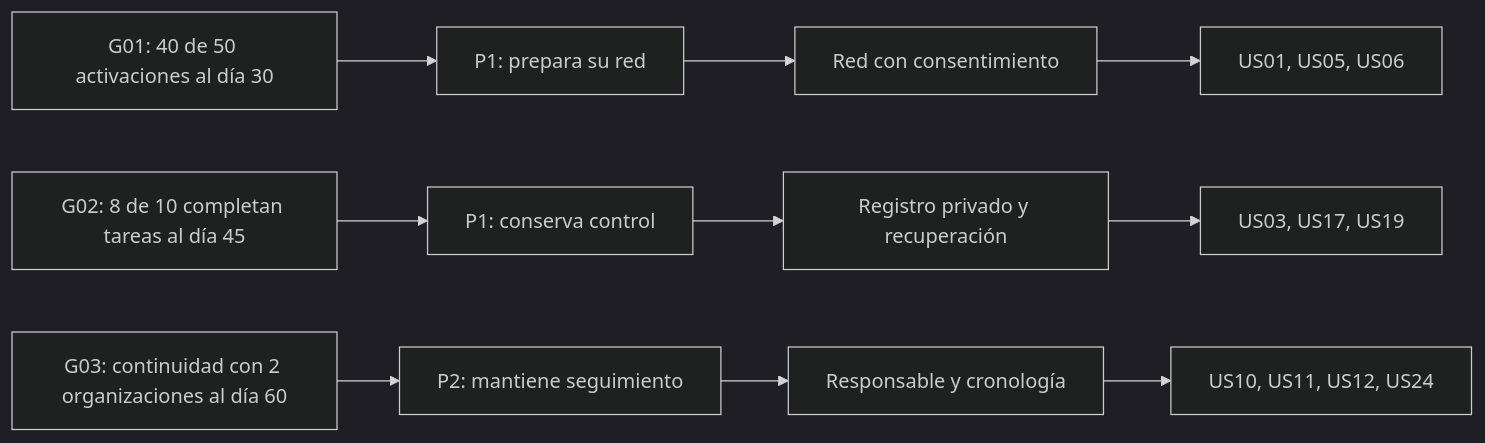
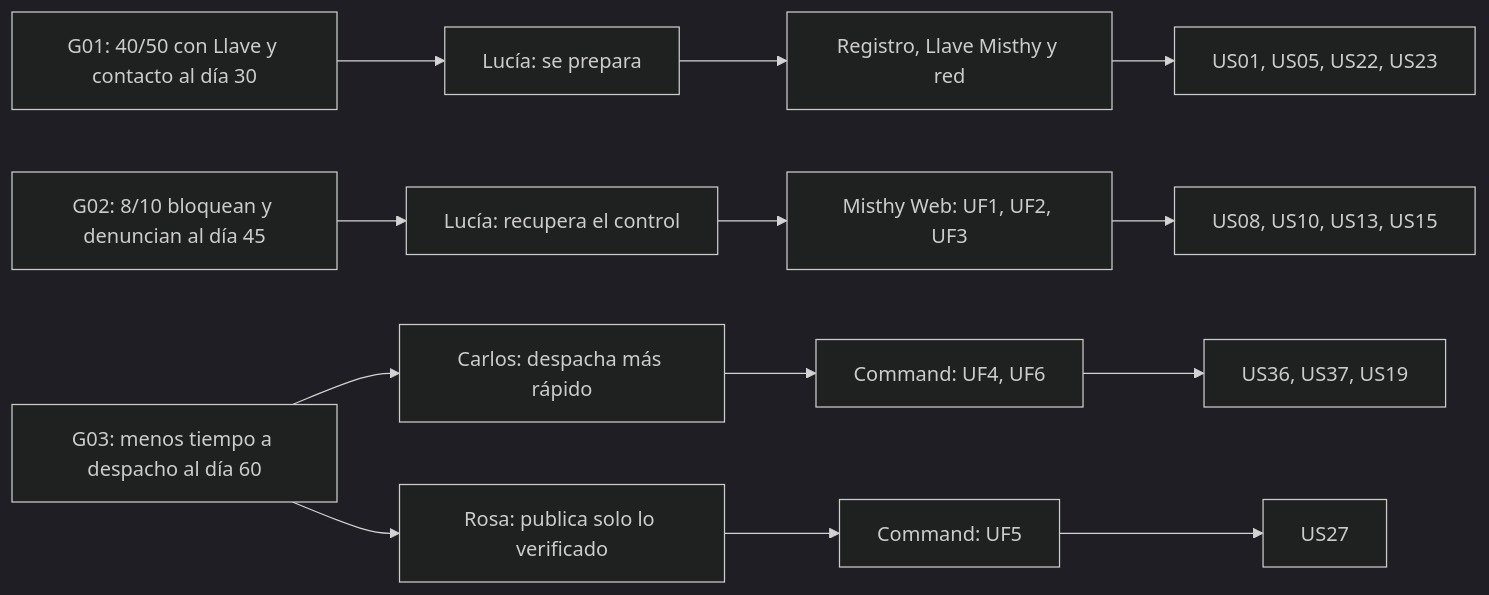
One commit to CODERT0PH/MISTHY changed the diagram in docs/capitulo-3/README.md. Above: the diagram before and after it, drawn with Mermaid (dark theme). The commit also changed other lines of this file, not shown here.

````diff
--- a/docs/capitulo-3/README.md
+++ b/docs/capitulo-3/README.md
@@ -76,12 +108,15 @@
 ```mermaid
 flowchart LR
-  gOne["G01: 40 de 50 activaciones al día 30"] --> pOne["P1: prepara su red"]
-  pOne --> network["Red con consentimiento"]
-  network --> networkStories["US01, US05, US06"]
-  gTwo["G02: 8 de 10 completan tareas al día 45"] --> control["P1: conserva control"]
-  control --> privateCase["Registro privado y recuperación"]
-  privateCase --> privateStories["US03, US17, US19"]
-  gThree["G03: continuidad con 2 organizaciones al día 60"] --> pTwo["P2: mantiene seguimiento"]
-  pTwo --> tracking["Responsable y cronología"]
-  tracking --> trackingStories["US10, US11, US12, US24"]
+  g1["G01: 40/50 con Llave y contacto al día 30"] --> lucia1["Lucía: se prepara"]
+  lucia1 --> d1["Registro, Llave Misthy y red"]
+  d1 --> s1["US01, US05, US22, US23"]
+  g2["G02: 8/10 bloquean y denuncian al día 45"] --> lucia2["Lucía: recupera el control"]
+  lucia2 --> d2["Misthy Web: UF1, UF2, UF3"]
+  d2 --> s2["US08, US10, US13, US15"]
+  g3["G03: menos tiempo a despacho al día 60"] --> carlos["Carlos: despacha más rápido"]
+  g3 --> rosa["Rosa: publica solo lo verificado"]
+  carlos --> d3["Command: UF4, UF6"]
+  rosa --> d4["Command: UF5"]
+  d3 --> s3["US36, US37, US19"]
+  d4 --> s4["US27"]
 ```
````
